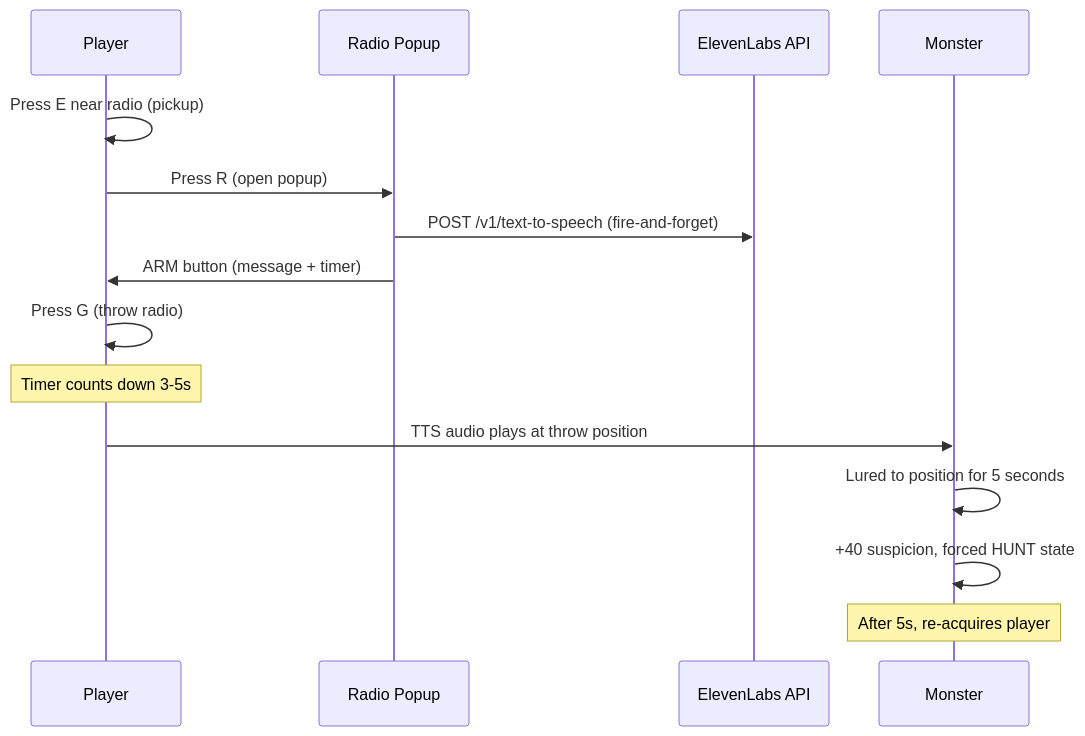
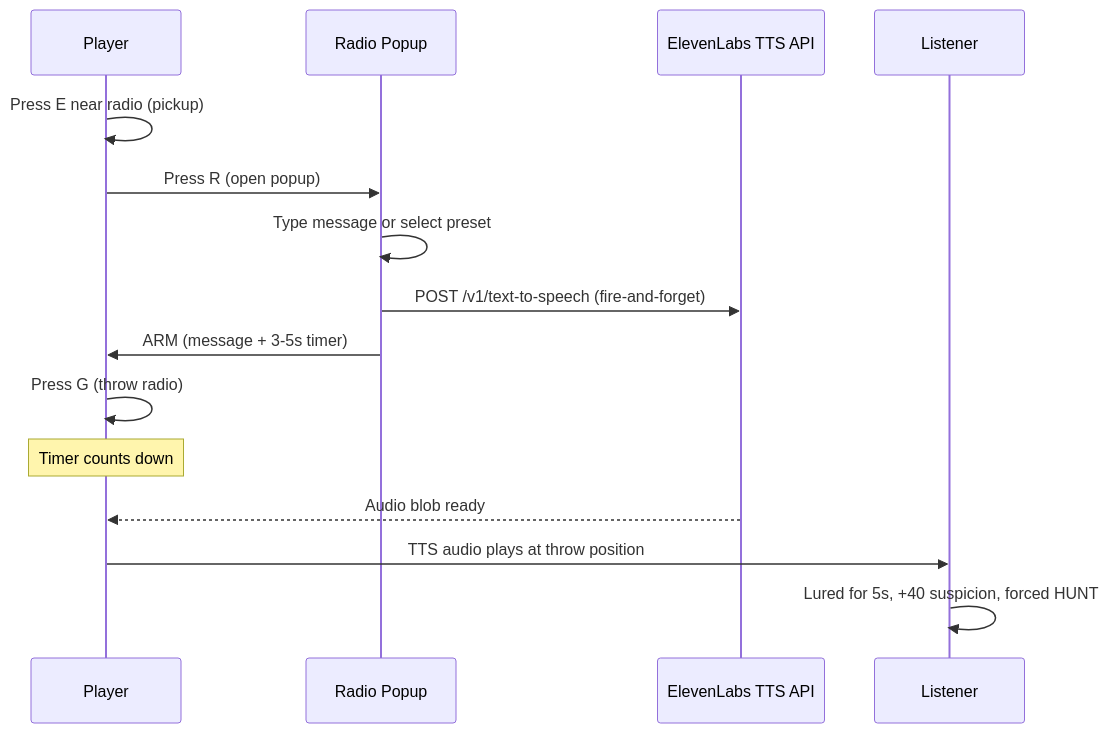
Before and after one commit to Andy00L/Earshot: the fifth of 6 diagrams in README.md, drawn with Mermaid. The commit also changed other lines of this file and 203 other files, not shown here.

````diff
--- a/README.md
+++ b/README.md
@@ -209,18 +281,18 @@
 ```mermaid
 sequenceDiagram
     participant P as Player
     participant R as Radio Popup
-    participant API as ElevenLabs API
-    participant M as Monster
+    participant API as ElevenLabs TTS API
+    participant M as Listener
 
     P->>P: Press E near radio (pickup)
     P->>R: Press R (open popup)
+    R->>R: Type message or select preset
     R->>API: POST /v1/text-to-speech (fire-and-forget)
-    R->>P: ARM button (message + timer)
+    R->>P: ARM (message + 3-5s timer)
     P->>P: Press G (throw radio)
-    Note over P: Timer counts down 3-5s
+    Note over P: Timer counts down
+    API-->>P: Audio blob ready
     P->>M: TTS audio plays at throw position
-    M->>M: Lured to position for 5 seconds
-    M->>M: +40 suspicion, forced HUNT state
-    Note over M: After 5s, re-acquires player
+    M->>M: Lured for 5s, +40 suspicion, forced HUNT
 ```
````
